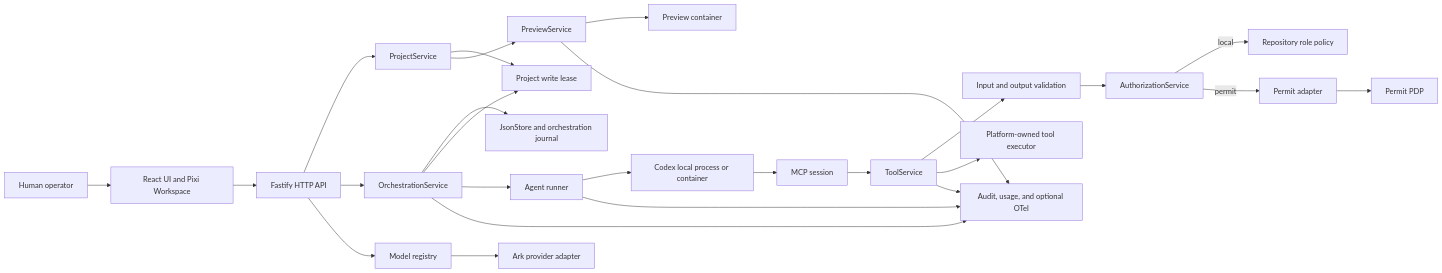
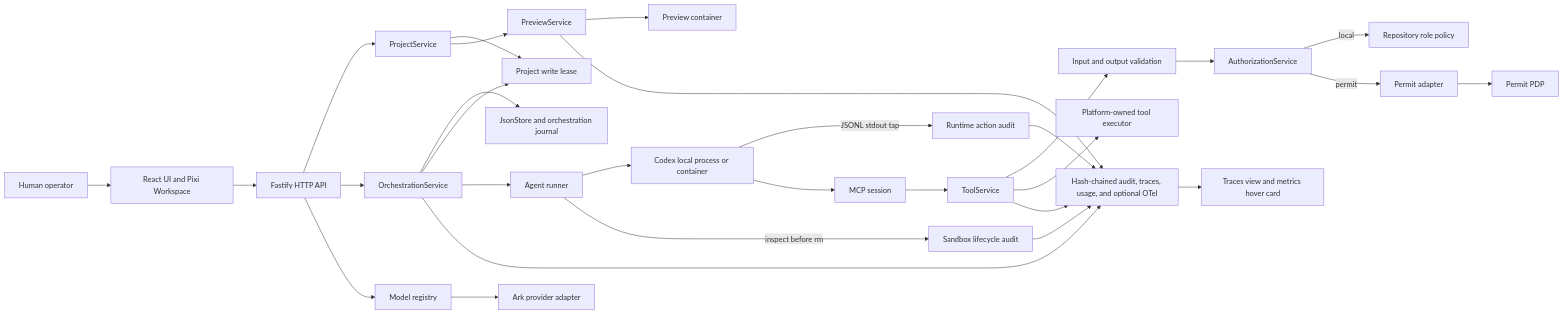
One commit to TheMajoris/liuqitechjam changed the diagram in README.md. Above: the diagram before and after it, drawn with Mermaid. The commit also changed other lines of this file, not shown here.

Commit message:
docs: README observability section + architecture diagram

````diff
--- a/README.md
+++ b/README.md
@@ -204,28 +253,32 @@
 ```mermaid
 flowchart LR
     H[Human operator] --> UI[React UI and Pixi Workspace]
     UI --> API[Fastify HTTP API]
     API --> P[ProjectService]
     API --> O[OrchestrationService]
     O --> J[JsonStore and orchestration journal]
     O --> L[Project write lease]
     P --> L
     O --> R[Agent runner]
     R --> C[Codex local process or container]
+    C -->|JSONL stdout tap| RA[Runtime action audit]
+    R -->|inspect before rm| SA[Sandbox lifecycle audit]
     C --> M[MCP session]
     M --> T[ToolService]
     T --> V[Input and output validation]
     V --> A[AuthorizationService]
     A -->|local| RP[Repository role policy]
     A -->|permit| PA[Permit adapter]
     PA --> PDP[Permit PDP]
     T --> E[Platform-owned tool executor]
     P --> PV[PreviewService]
     PV --> PC[Preview container]
-    O --> OBS[Audit, usage, and optional OTel]
-    R --> OBS
+    O --> OBS[Hash-chained audit, traces, usage, and optional OTel]
+    RA --> OBS
+    SA --> OBS
     T --> OBS
     PV --> OBS
+    OBS --> TV[Traces view and metrics hover card]
     API --> MR[Model registry]
     MR --> ARK[Ark provider adapter]
 ```
````
